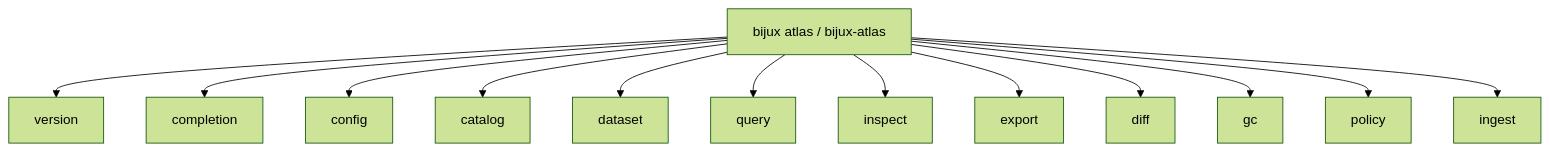
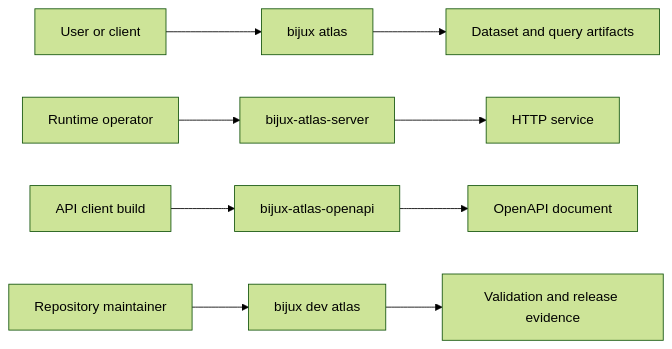
Before and after one commit to bijux/bijux-atlas: the first of 2 diagrams in docs/bijux-atlas/interfaces/command-surface.md, drawn with Mermaid (forest theme). The commit also changed other lines of this file and 2 other files, not shown here.

Commit message:
docs(cli): map commands configuration and environment contracts

````diff
--- a/docs/bijux-atlas/interfaces/command-surface.md
+++ b/docs/bijux-atlas/interfaces/command-surface.md
@@ -21,15 +26,11 @@
 ```mermaid
-flowchart TD
-    CLI[bijux atlas / bijux-atlas] --> Version[version]
-    CLI --> Completion[completion]
-    CLI[bijux atlas / bijux-atlas] --> Config[config]
-    CLI --> Catalog[catalog]
-    CLI --> Dataset[dataset]
-    CLI --> Query[query]
-    CLI --> Inspect[inspect]
-    CLI --> Export[export]
-    CLI --> Diff[diff]
-    CLI --> Gc[gc]
-    CLI --> Policy[policy]
-    CLI --> Ingest[ingest]
+flowchart LR
+    User[User or client] --> Product[bijux atlas]
+    Operator[Runtime operator] --> Server[bijux-atlas-server]
+    ClientBuild[API client build] --> OpenAPI[bijux-atlas-openapi]
+    Maintainer[Repository maintainer] --> Dev[bijux dev atlas]
+    Product --> Artifacts[Dataset and query artifacts]
+    Server --> HTTP[HTTP service]
+    OpenAPI --> Contract[OpenAPI document]
+    Dev --> Evidence[Validation and release evidence]
 ```
````
